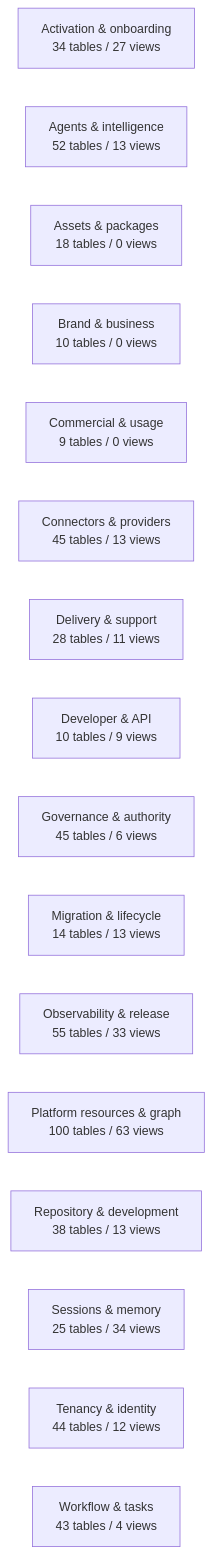
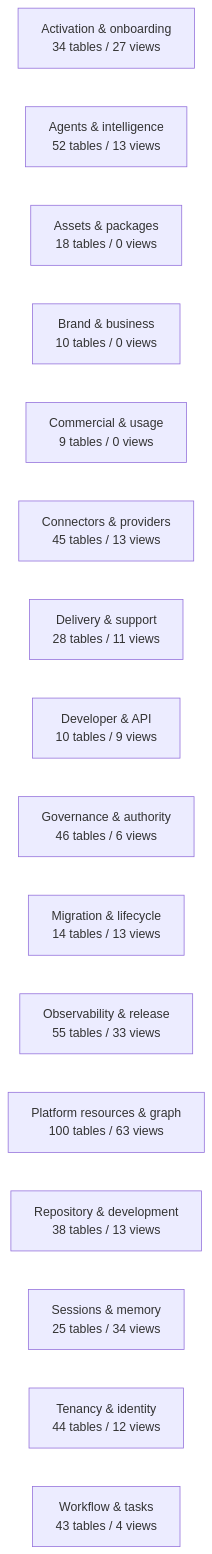
Before and after one commit to mad4bdigital-ai/multi-business-multi-role-growth-intelligence-os: the diagram in docs/work-maps/data-model-domain-map.md, drawn with Mermaid. The commit also changed other lines of this file and 20 other files, not shown here.

````diff
--- a/docs/work-maps/data-model-domain-map.md
+++ b/docs/work-maps/data-model-domain-map.md
@@ -9,19 +9,19 @@
 ```mermaid
 flowchart LR
   n_Activation___onboarding["Activation & onboarding<br/>34 tables / 27 views"]
   n_Agents___intelligence["Agents & intelligence<br/>52 tables / 13 views"]
   n_Assets___packages["Assets & packages<br/>18 tables / 0 views"]
   n_Brand___business["Brand & business<br/>10 tables / 0 views"]
   n_Commercial___usage["Commercial & usage<br/>9 tables / 0 views"]
   n_Connectors___providers["Connectors & providers<br/>45 tables / 13 views"]
   n_Delivery___support["Delivery & support<br/>28 tables / 11 views"]
   n_Developer___API["Developer & API<br/>10 tables / 9 views"]
-  n_Governance___authority["Governance & authority<br/>45 tables / 6 views"]
+  n_Governance___authority["Governance & authority<br/>46 tables / 6 views"]
   n_Migration___lifecycle["Migration & lifecycle<br/>14 tables / 13 views"]
   n_Observability___release["Observability & release<br/>55 tables / 33 views"]
   n_Platform_resources___graph["Platform resources & graph<br/>100 tables / 63 views"]
   n_Repository___development["Repository & development<br/>38 tables / 13 views"]
   n_Sessions___memory["Sessions & memory<br/>25 tables / 34 views"]
   n_Tenancy___identity["Tenancy & identity<br/>44 tables / 12 views"]
   n_Workflow___tasks["Workflow & tasks<br/>43 tables / 4 views"]
 ```
````
